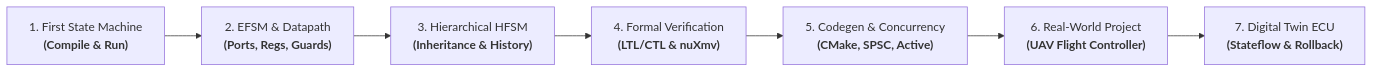
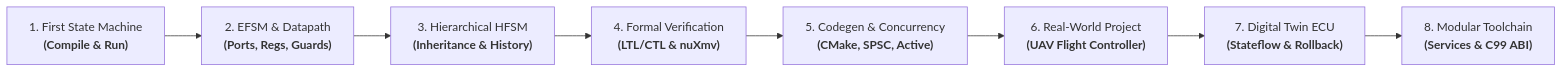
The second of 2 diagrams in docs/tutorials/index.md (simoneCavalleri/fsmc), drawn with Mermaid before and after one commit. The commit also changed other lines of this file and 4 other files, not shown here.

Commit message:
docs: add Step 8 tutorial for modular toolchain & C99 ABI and sync scheduling bounds in CLI/IR reference

````diff
--- a/docs/tutorials/index.md
+++ b/docs/tutorials/index.md
@@ -44,9 +44,10 @@
 ```mermaid
 flowchart LR
     Step1["1. First State Machine<br/><b>(Compile & Run)</b>"] --> Step2["2. EFSM & Datapath<br/><b>(Ports, Regs, Guards)</b>"]
     Step2 --> Step3["3. Hierarchical HFSM<br/><b>(Inheritance & History)</b>"]
     Step3 --> Step4["4. Formal Verification<br/><b>(LTL/CTL & nuXmv)</b>"]
     Step4 --> Step5["5. Codegen & Concurrency<br/><b>(CMake, SPSC, Active)</b>"]
     Step5 --> Step6["6. Real-World Project<br/><b>(UAV Flight Controller)</b>"]
     Step6 --> Step7["7. Digital Twin ECU<br/><b>(Stateflow & Rollback)</b>"]
+    Step7 --> Step8["8. Modular Toolchain<br/><b>(Services & C99 ABI)</b>"]
 ```
````
